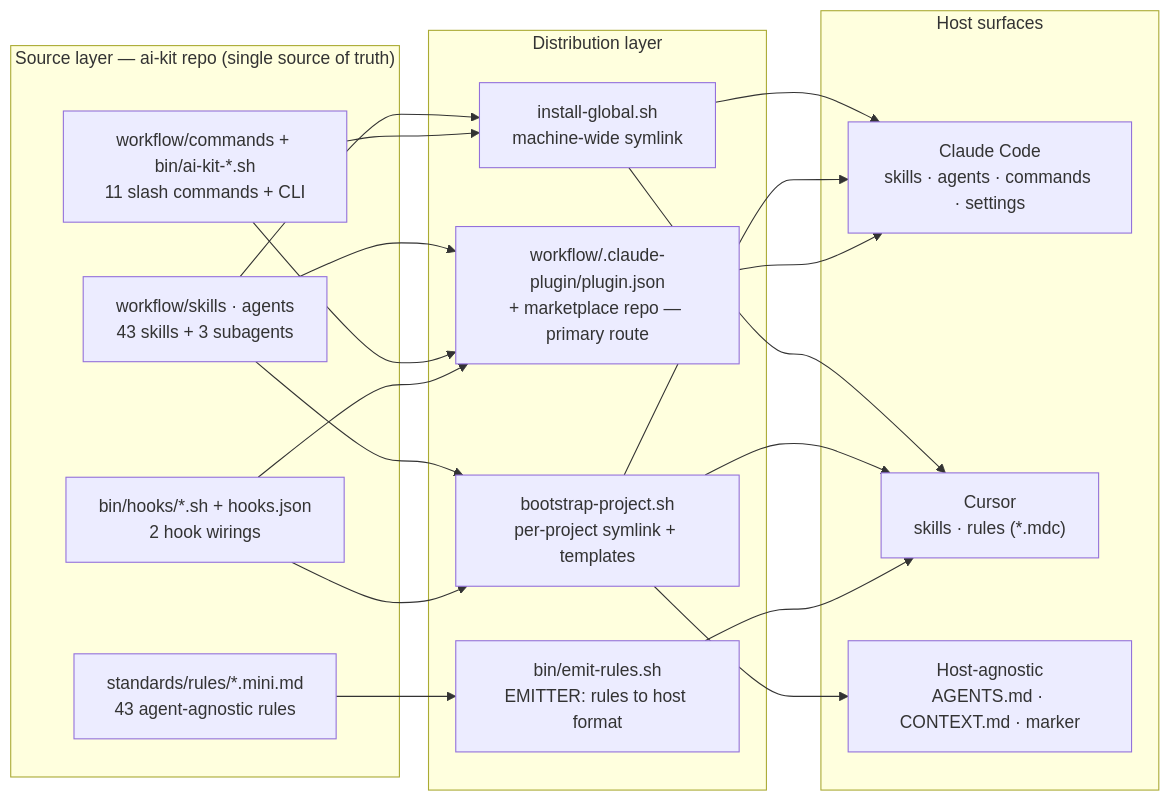
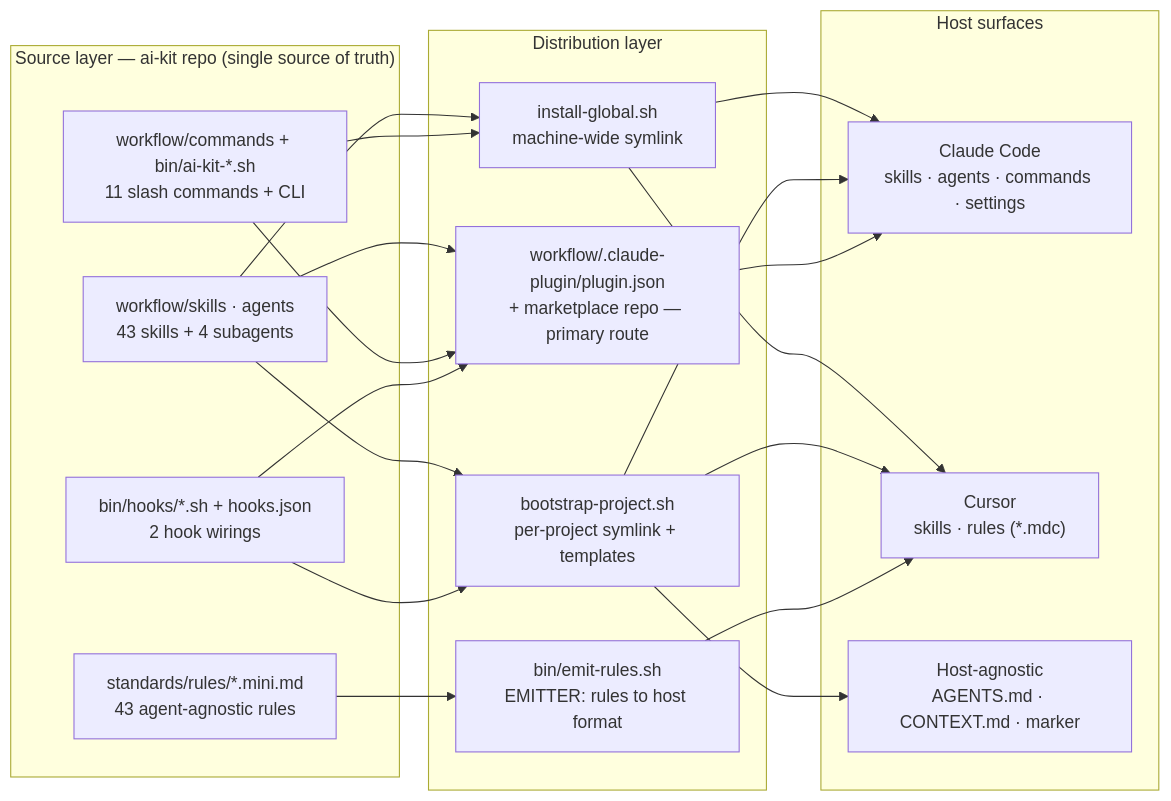
The first of 2 diagrams in docs/diagrams.md (yusufkaracaburun/ai-kit), drawn with Mermaid before and after one commit. The commit also changed other lines of this file and 13 other files, not shown here.

````diff
--- a/docs/diagrams.md
+++ b/docs/diagrams.md
@@ -10,32 +10,32 @@
 ```mermaid
 flowchart LR
   subgraph SRC["Source layer — ai-kit repo (single source of truth)"]
-    SA["workflow/skills · agents<br/>43 skills + 3 subagents"]
+    SA["workflow/skills · agents<br/>43 skills + 4 subagents"]
     CB["workflow/commands + bin/ai-kit-*.sh<br/>11 slash commands + CLI"]
     H["bin/hooks/*.sh + hooks.json<br/>2 hook wirings"]
     R["standards/rules/*.mini.md<br/>43 agent-agnostic rules"]
   end
 
   subgraph DIST["Distribution layer"]
     IG["install-global.sh<br/>machine-wide symlink"]
     PL["workflow/.claude-plugin/plugin.json<br/>+ marketplace repo — primary route"]
     BP["bootstrap-project.sh<br/>per-project symlink + templates"]
     ER["bin/emit-rules.sh<br/>EMITTER: rules to host format"]
   end
 
   subgraph HOSTS["Host surfaces"]
     CC["Claude Code<br/>skills · agents · commands · settings"]
     CU["Cursor<br/>skills · rules (*.mdc)"]
     HA["Host-agnostic<br/>AGENTS.md · CONTEXT.md · marker"]
   end
 
   SA --> IG & BP & PL
   CB --> IG & PL
   H --> PL & BP
   R --> ER
 
   IG --> CC & CU
   BP --> CC & CU & HA
   PL --> CC
   ER --> CU
 ```
````
